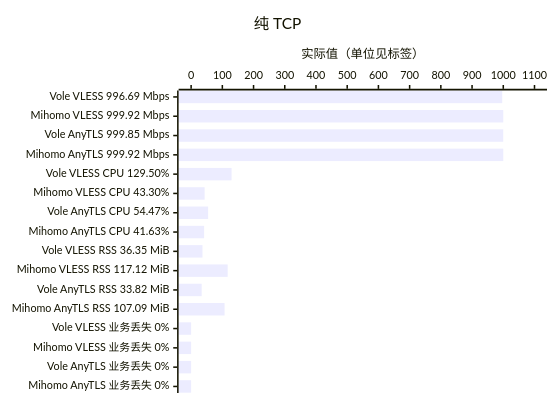
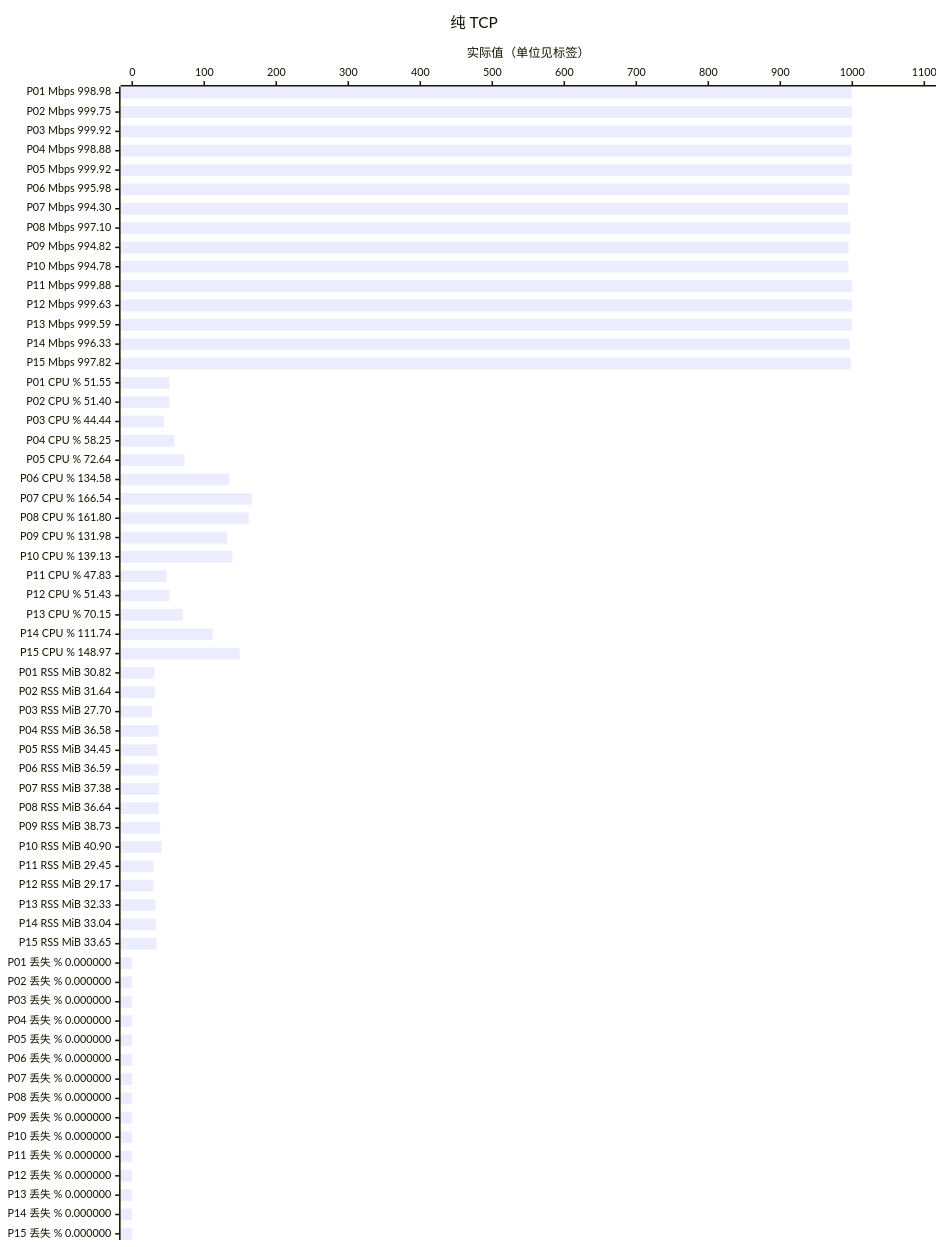
One commit to YuanDevTeam/Vole changed the first of 3 diagrams in docs/benchmark.md. Above: the diagram before and after it, drawn with Mermaid. The commit also changed other lines of this file, not shown here.

````diff
--- a/docs/benchmark.md
+++ b/docs/benchmark.md
@@ -9,7 +29,13 @@
 ```mermaid
+---
+config:
+  xyChart:
+    height: 1600
+    width: 1200
+---
 xychart-beta horizontal
     title "纯 TCP"
-    x-axis ["Vole VLESS 996.69 Mbps", "Mihomo VLESS 999.92 Mbps", "Vole AnyTLS 999.85 Mbps", "Mihomo AnyTLS 999.92 Mbps", "Vole VLESS CPU 129.50%", "Mihomo VLESS CPU 43.30%", "Vole AnyTLS CPU 54.47%", "Mihomo AnyTLS CPU 41.63%", "Vole VLESS RSS 36.35 MiB", "Mihomo VLESS RSS 117.12 MiB", "Vole AnyTLS RSS 33.82 MiB", "Mihomo AnyTLS RSS 107.09 MiB", "Vole VLESS 业务丢失 0%", "Mihomo VLESS 业务丢失 0%", "Vole AnyTLS 业务丢失 0%", "Mihomo AnyTLS 业务丢失 0%"]
+    x-axis ["P01 Mbps 998.98", "P02 Mbps 999.75", "P03 Mbps 999.92", "P04 Mbps 998.88", "P05 Mbps 999.92", "P06 Mbps 995.98", "P07 Mbps 994.30", "P08 Mbps 997.10", "P09 Mbps 994.82", "P10 Mbps 994.78", "P11 Mbps 999.88", "P12 Mbps 999.63", "P13 Mbps 999.59", "P14 Mbps 996.33", "P15 Mbps 997.82", "P01 CPU % 51.55", "P02 CPU % 51.40", "P03 CPU % 44.44", "P04 CPU % 58.25", "P05 CPU % 72.64", "P06 CPU % 134.58", "P07 CPU % 166.54", "P08 CPU % 161.80", "P09 CPU % 131.98", "P10 CPU % 139.13", "P11 CPU % 47.83", "P12 CPU % 51.43", "P13 CPU % 70.15", "P14 CPU % 111.74", "P15 CPU % 148.97", "P01 RSS MiB 30.82", "P02 RSS MiB 31.64", "P03 RSS MiB 27.70", "P04 RSS MiB 36.58", "P05 RSS MiB 34.45", "P06 RSS MiB 36.59", "P07 RSS MiB 37.38", "P08 RSS MiB 36.64", "P09 RSS MiB 38.73", "P10 RSS MiB 40.90", "P11 RSS MiB 29.45", "P12 RSS MiB 29.17", "P13 RSS MiB 32.33", "P14 RSS MiB 33.04", "P15 RSS MiB 33.65", "P01 丢失 % 0.000000", "P02 丢失 % 0.000000", "P03 丢失 % 0.000000", "P04 丢失 % 0.000000", "P05 丢失 % 0.000000", "P06 丢失 % 0.000000", "P07 丢失 % 0.000000", "P08 丢失 % 0.000000", "P09 丢失 % 0.000000", "P10 丢失 % 0.000000", "P11 丢失 % 0.000000", "P12 丢失 % 0.000000", "P13 丢失 % 0.000000", "P14 丢失 % 0.000000", "P15 丢失 % 0.000000"]
     y-axis "实际值（单位见标签）" 0 --> 1100
-    bar [996.69, 999.92, 999.85, 999.92, 129.5, 43.3, 54.47, 41.63, 36.35, 117.12, 33.82, 107.09, 0.0, 0.0, 0.0, 0.0]
+    bar [998.98, 999.75, 999.92, 998.88, 999.92, 995.98, 994.3, 997.1, 994.82, 994.78, 999.88, 999.63, 999.59, 996.33, 997.82, 51.55, 51.4, 44.44, 58.25, 72.64, 134.58, 166.54, 161.8, 131.98, 139.13, 47.83, 51.43, 70.15, 111.74, 148.97, 30.82, 31.64, 27.7, 36.58, 34.45, 36.59, 37.38, 36.64, 38.73, 40.9, 29.45, 29.17, 32.33, 33.04, 33.65, 0.0, 0.0, 0.0, 0.0, 0.0, 0.0, 0.0, 0.0, 0.0, 0.0, 0.0, 0.0, 0.0, 0.0, 0.0]
 ```
````
